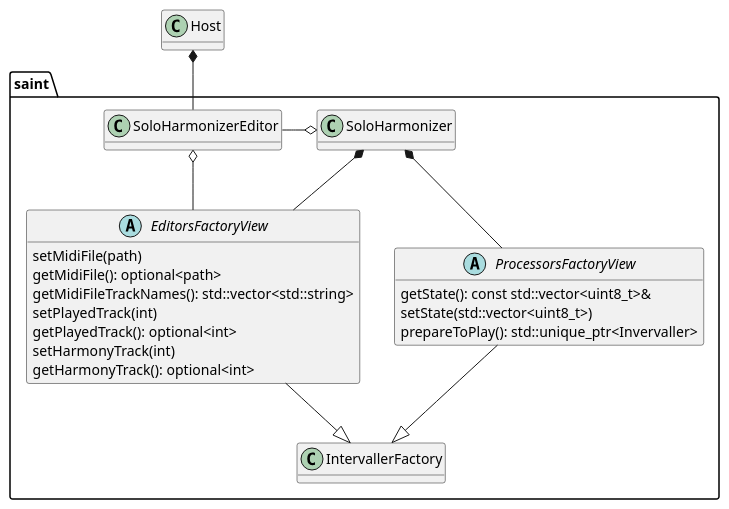
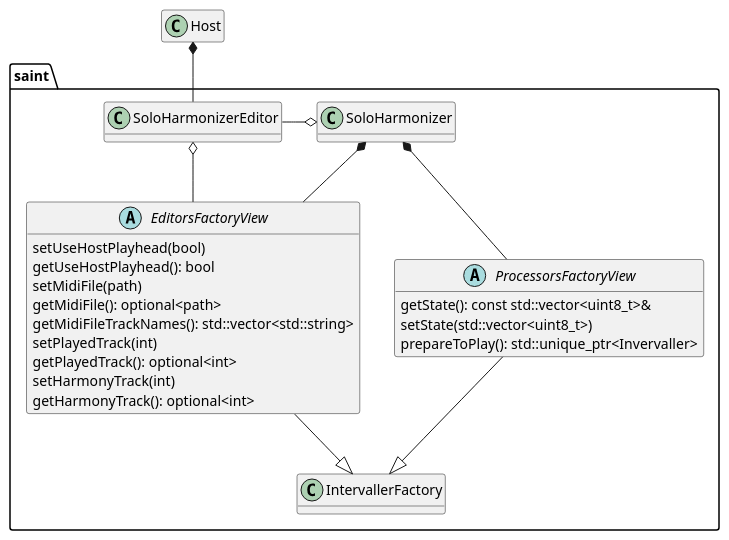
The diagram in _doc/class-diagram.puml (saintmatthieu/solo-harmonizer), drawn with PlantUML before and after one commit. The commit also changed 9 other files, not shown here.

Commit message:
Fix useHostPlayhead toggle

```diff
--- a/_doc/class-diagram.puml
+++ b/_doc/class-diagram.puml
@@ -1,42 +1,48 @@
 @startuml
 
 hide fields
+hide Host methods
+hide saint.SoloHarmonizer methods
+hide saint.SoloHarmonizerEditor methods
+hide saint.IntervallerFactory methods
 
 class Host
 
 namespace saint {
 class SoloHarmonizer
 class SoloHarmonizerEditor
 
 abstract class EditorsFactoryView {
+  setUseHostPlayhead(bool)
+  getUseHostPlayhead(): bool
   setMidiFile(path)
   getMidiFile(): optional<path>
   getMidiFileTrackNames(): std::vector<std::string>
   setPlayedTrack(int)
   getPlayedTrack(): optional<int>
   setHarmonyTrack(int)
   getHarmonyTrack(): optional<int>
 }
 
 abstract class ProcessorsFactoryView {
   getState(): const std::vector<uint8_t>&
   setState(std::vector<uint8_t>)
   prepareToPlay(): std::unique_ptr<Invervaller>
 }
 
 class IntervallerFactory
 
 SoloHarmonizerEditor -o SoloHarmonizer
 SoloHarmonizer *-- ProcessorsFactoryView
 SoloHarmonizer *-- EditorsFactoryView
 SoloHarmonizerEditor o-- EditorsFactoryView
 
 EditorsFactoryView --|> IntervallerFactory
 ProcessorsFactoryView --|> IntervallerFactory
 
 
 }
 
 Host *-- saint.SoloHarmonizerEditor
 
 @enduml
```
